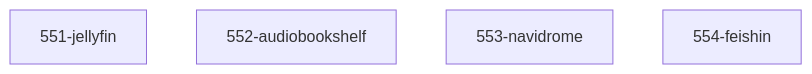
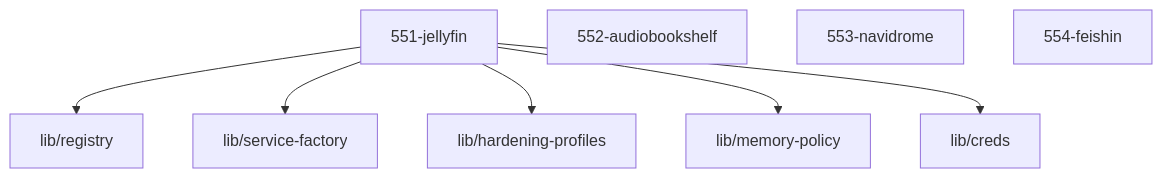
The diagram in 55-playback/AGENTS.md (grapefruit89/mediNix-core), drawn with Mermaid before and after one commit. The commit also changed other lines of this file and 26 other files, not shown here.

````diff
--- a/55-playback/AGENTS.md
+++ b/55-playback/AGENTS.md
@@ -24,7 +29,11 @@
 ```mermaid
 graph TD
-  551_jellyfin["551-jellyfin"]
+  551_jellyfin["551-jellyfin"] --> registry["lib/registry"]
+  551_jellyfin["551-jellyfin"] --> service_factory["lib/service-factory"]
+  551_jellyfin["551-jellyfin"] --> hardening_profiles["lib/hardening-profiles"]
+  551_jellyfin["551-jellyfin"] --> memory_policy["lib/memory-policy"]
+  551_jellyfin["551-jellyfin"] --> creds["lib/creds"]
   552_audiobookshelf["552-audiobookshelf"]
   553_navidrome["553-navidrome"]
   554_feishin["554-feishin"]
 ```
````
